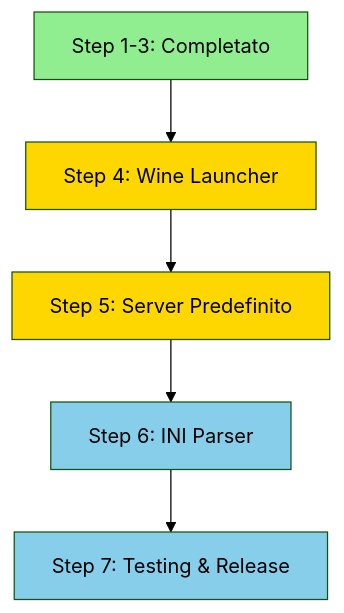
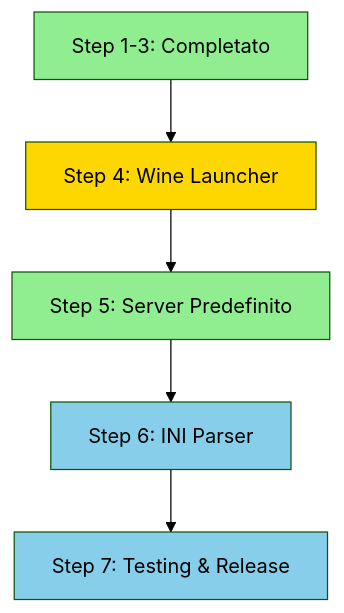
One commit to mrsasy89/MHFZ-Launcher changed the diagram in docs/IMPLEMENTATION_PLAN.md. Above: the diagram before and after it, drawn with Mermaid (forest theme). The commit also changed other lines of this file, not shown here.

````diff
--- a/docs/IMPLEMENTATION_PLAN.md
+++ b/docs/IMPLEMENTATION_PLAN.md
@@ -11,13 +11,13 @@
 ```mermaid
 graph TD
     A[Step 1-3: Completato] --> B[Step 4: Wine Launcher]
     B --> C[Step 5: Server Predefinito]
     C --> D[Step 6: INI Parser]
     D --> E[Step 7: Testing & Release]
     
     style A fill:#90EE90
     style B fill:#FFD700
-    style C fill:#FFD700
+    style C fill:#90EE90
     style D fill:#87CEEB
     style E fill:#87CEEB
 ```
````
